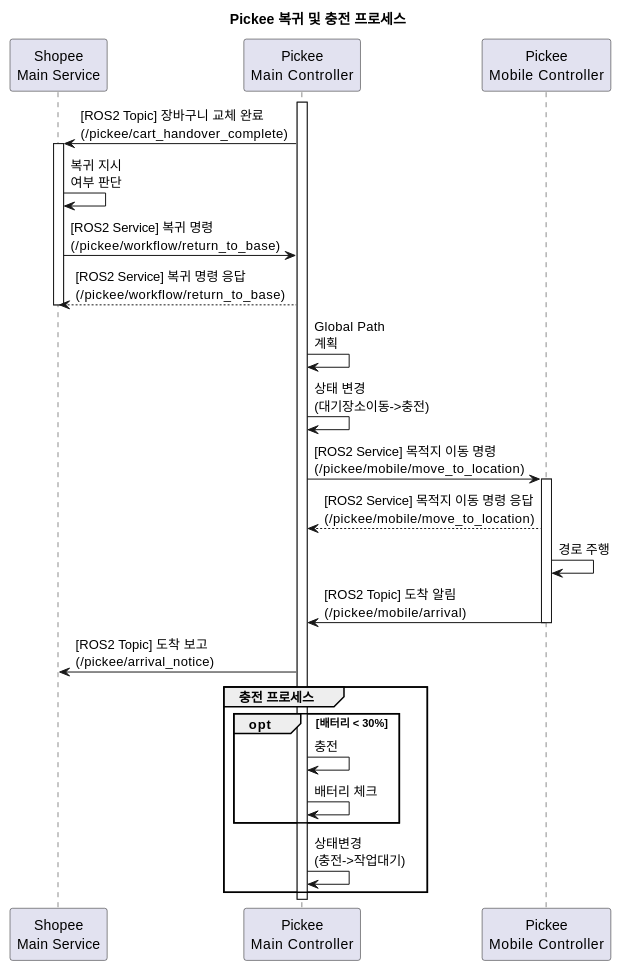
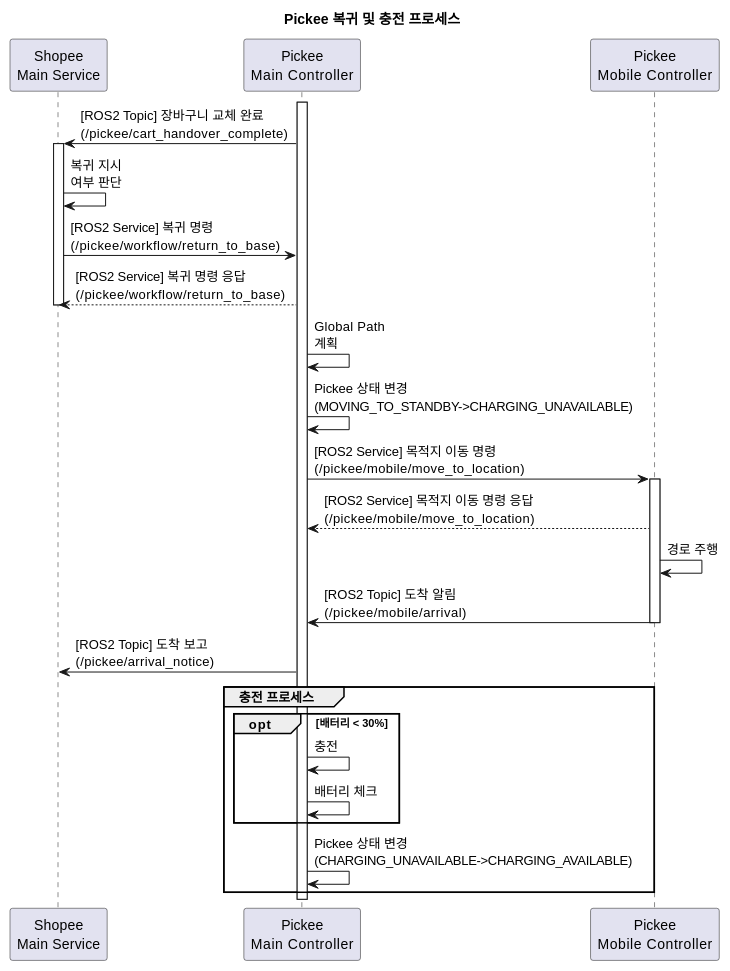
One commit to addinedu-roscamp-7th/roscamp-repo-1 changed the diagram in docs/SequenceDiagram/SC_04.md. Above: the diagram before and after it, drawn with PlantUML. The commit also changed 18 other files, not shown here.

```diff
--- a/docs/SequenceDiagram/SC_04.md
+++ b/docs/SequenceDiagram/SC_04.md
@@ -1,49 +1,49 @@
 @startuml
 title Pickee 복귀 및 충전 프로세스
 
-participant "Shopee\nMain Service" as Shopee
-participant "Pickee\nMain Controller" as PickeeCtrl
-participant "Pickee\nMobile Controller" as MobileCtrl
+participant "Shopee\nMain Service" as main
+participant "Pickee\nMain Controller" as pickee_main
+participant "Pickee\nMobile Controller" as pickee_mobile
 
-activate PickeeCtrl
+activate pickee_main
 
-PickeeCtrl -> Shopee: [ROS2 Topic] 장바구니 교체 완료\n(/pickee/cart_handover_complete)
-activate Shopee
+pickee_main -> main: [ROS2 Topic] 장바구니 교체 완료\n(/pickee/cart_handover_complete)
+activate main
 
-Shopee -> Shopee: 복귀 지시\n여부 판단
+main -> main: 복귀 지시\n여부 판단
 
-Shopee -> PickeeCtrl: [ROS2 Service] 복귀 명령\n(/pickee/workflow/return_to_base)
+main -> pickee_main: [ROS2 Service] 복귀 명령\n(/pickee/workflow/return_to_base)
 
-PickeeCtrl --> Shopee: [ROS2 Service] 복귀 명령 응답\n(/pickee/workflow/return_to_base)
+pickee_main --> main: [ROS2 Service] 복귀 명령 응답\n(/pickee/workflow/return_to_base)
 
-deactivate Shopee
+deactivate main
 
-PickeeCtrl -> PickeeCtrl: Global Path\n계획
+pickee_main -> pickee_main: Global Path\n계획
 
-PickeeCtrl -> PickeeCtrl: 상태 변경\n(대기장소이동->충전)
+pickee_main -> pickee_main: Pickee 상태 변경\n(MOVING_TO_STANDBY->CHARGING_UNAVAILABLE)
 
-PickeeCtrl -> MobileCtrl: [ROS2 Service] 목적지 이동 명령\n(/pickee/mobile/move_to_location)
-activate MobileCtrl
+pickee_main -> pickee_mobile: [ROS2 Service] 목적지 이동 명령\n(/pickee/mobile/move_to_location)
+activate pickee_mobile
 
-MobileCtrl --> PickeeCtrl: [ROS2 Service] 목적지 이동 명령 응답\n(/pickee/mobile/move_to_location)
+pickee_mobile --> pickee_main: [ROS2 Service] 목적지 이동 명령 응답\n(/pickee/mobile/move_to_location)
 
-MobileCtrl -> MobileCtrl: 경로 주행
+pickee_mobile -> pickee_mobile: 경로 주행
 
-MobileCtrl -> PickeeCtrl: [ROS2 Topic] 도착 알림\n(/pickee/mobile/arrival)
-deactivate MobileCtrl
+pickee_mobile -> pickee_main: [ROS2 Topic] 도착 알림\n(/pickee/mobile/arrival)
+deactivate pickee_mobile
 
-PickeeCtrl -> Shopee: [ROS2 Topic] 도착 보고\n(/pickee/arrival_notice)
+pickee_main -> main: [ROS2 Topic] 도착 보고\n(/pickee/arrival_notice)
 
 group 충전 프로세스
     opt 배터리 < 30%
-        PickeeCtrl -> PickeeCtrl: 충전
-        
-        PickeeCtrl -> PickeeCtrl: 배터리 체크
+        pickee_main -> pickee_main: 충전
+
+        pickee_main -> pickee_main: 배터리 체크
     end
-    
-    PickeeCtrl -> PickeeCtrl: 상태변경\n(충전->작업대기)
+
+    pickee_main -> pickee_main: Pickee 상태 변경\n(CHARGING_UNAVAILABLE->CHARGING_AVAILABLE)
 end
 
-deactivate PickeeCtrl
+deactivate pickee_main
 
 @enduml
```
